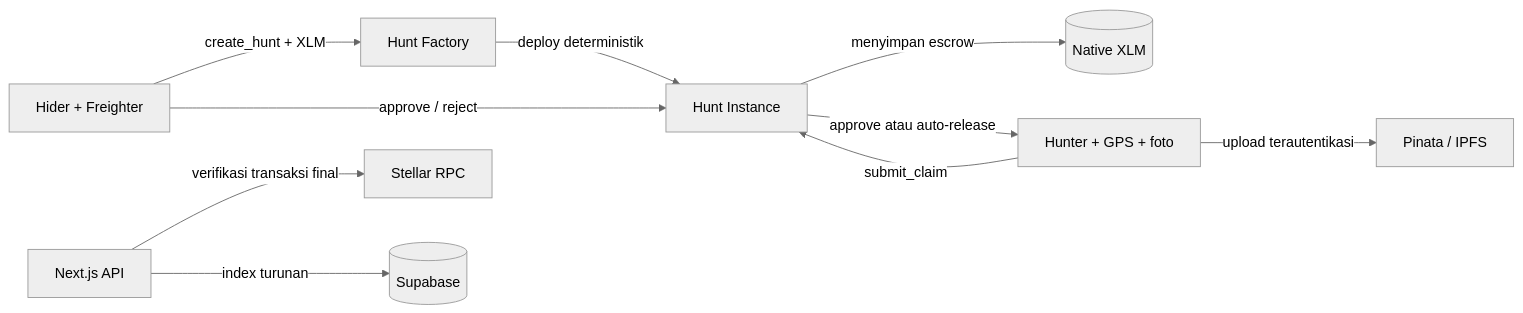
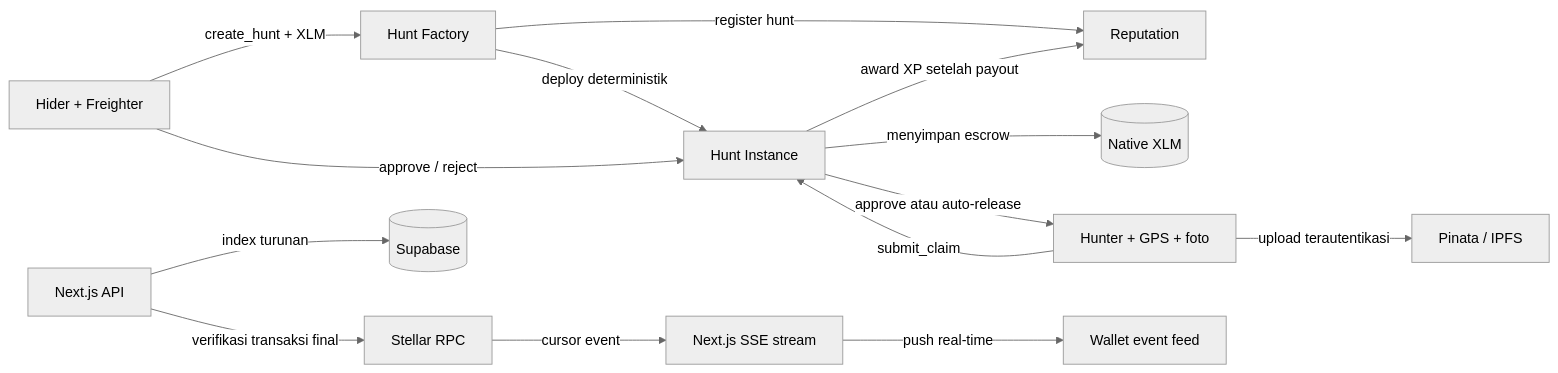
The diagram in README.md (Faiz-abdurrachman/jelajah), drawn with Mermaid (neutral theme) before and after one commit. The commit also changed other lines of this file and 3 other files, not shown here.

````diff
--- a/README.md
+++ b/README.md
@@ -32,12 +37,16 @@
 ```mermaid
 flowchart LR
     H[Hider + Freighter] -->|create_hunt + XLM| F[Hunt Factory]
     F -->|deploy deterministik| I[Hunt Instance]
+    F -->|register hunt| REP[Reputation]
     I -->|menyimpan escrow| E[(Native XLM)]
     R[Hunter + GPS + foto] -->|submit_claim| I
     H -->|approve / reject| I
     I -->|approve atau auto-release| R
+    I -->|award XP setelah payout| REP
     API[Next.js API] -->|verifikasi transaksi final| RPC[Stellar RPC]
     API -->|index turunan| DB[(Supabase)]
+    RPC -->|cursor event| SSE[Next.js SSE stream]
+    SSE -->|push real-time| UI[Wallet event feed]
     R -->|upload terautentikasi| IPFS[Pinata / IPFS]
 ```
````
